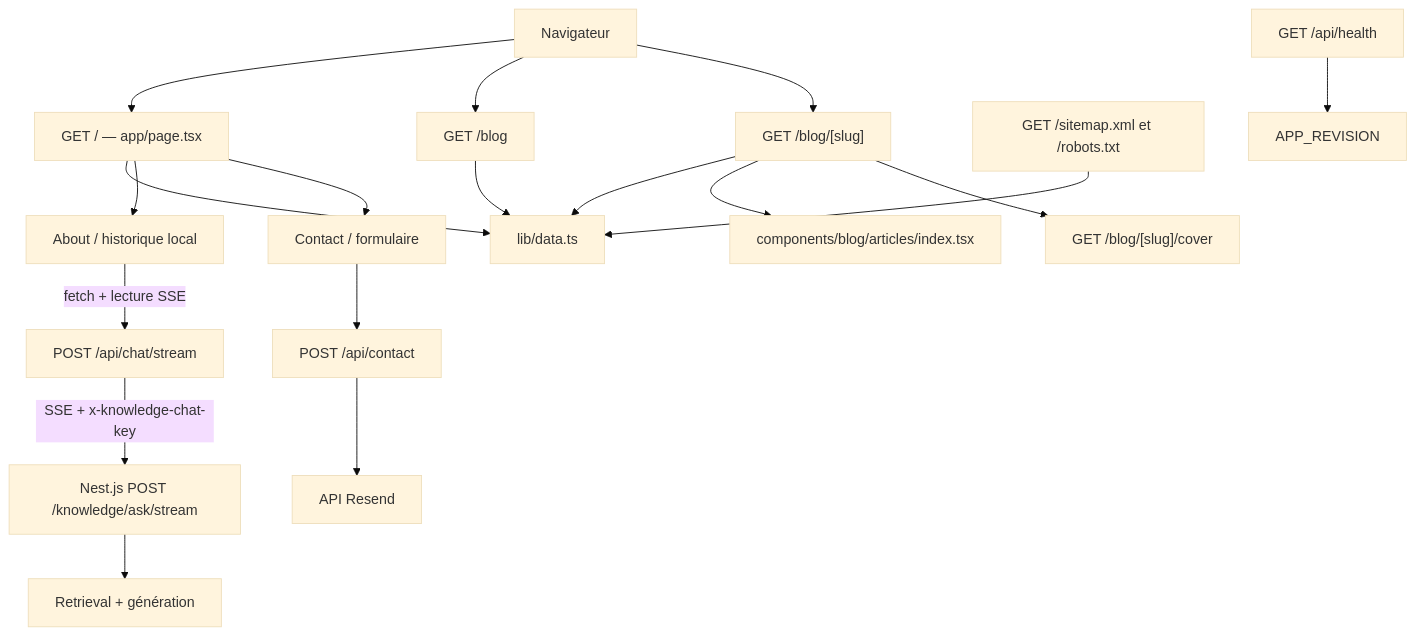
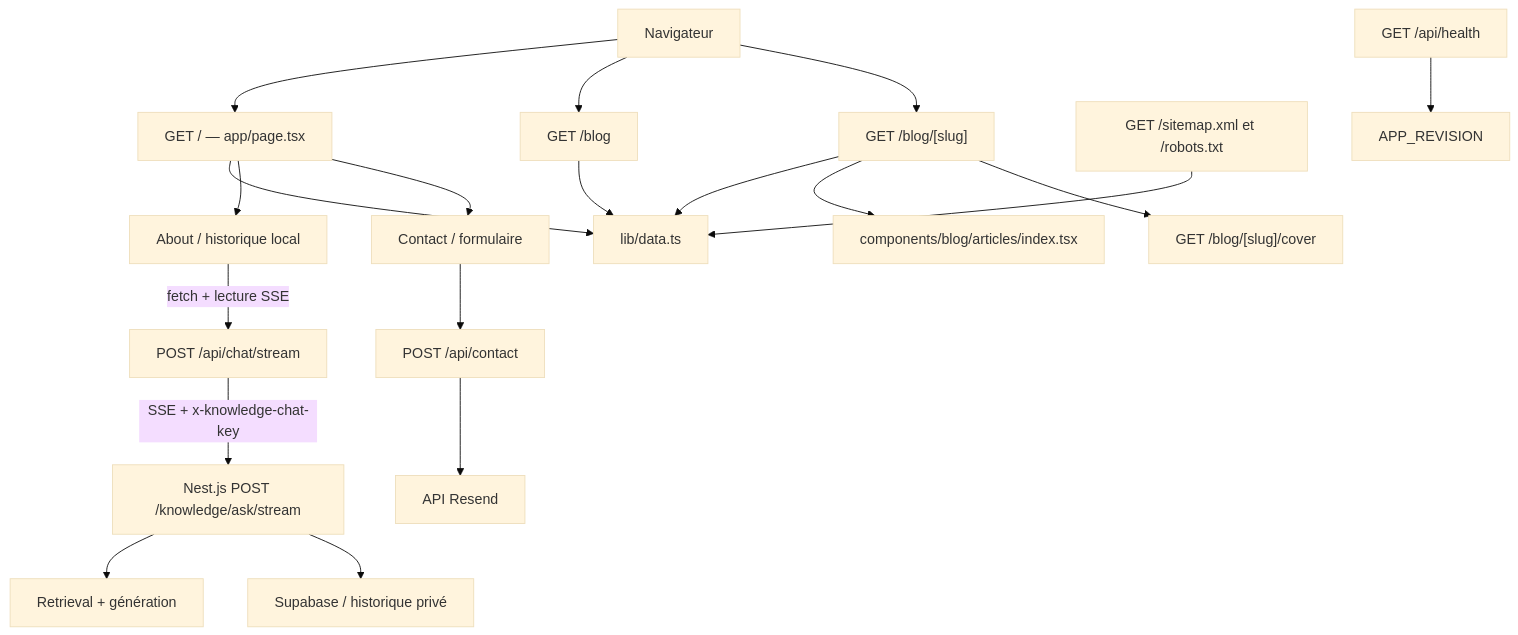
Before and after one commit to alexcommeau/my-portfolio: the diagram in CONTEXT.md, drawn with Mermaid (base theme). The commit also changed other lines of this file and 9 other files, not shown here.

````diff
--- a/CONTEXT.md
+++ b/CONTEXT.md
@@ -157,37 +159,39 @@
 ```mermaid
 flowchart TD
     Browser[Navigateur]
     Home["GET / — app/page.tsx"]
     BlogIndex["GET /blog"]
     Article["GET /blog/[slug]"]
     Cover["GET /blog/[slug]/cover"]
     Seo["GET /sitemap.xml et /robots.txt"]
     ChatUI["About / historique local"]
     ChatAPI["POST /api/chat/stream"]
     NestChat["Nest.js POST /knowledge/ask/stream"]
     Rag["Retrieval + génération"]
+    History["Supabase / historique privé"]
     ContactUI["Contact / formulaire"]
     ContactAPI["POST /api/contact"]
     Resend["API Resend"]
     Health["GET /api/health"]
     Data["lib/data.ts"]
     Registry["components/blog/articles/index.tsx"]
 
     Browser --> Home
     Browser --> BlogIndex
     Browser --> Article
     Home --> Data
     BlogIndex --> Data
     Article --> Data
     Article --> Registry
     Article --> Cover
     Seo --> Data
     Home --> ChatUI
     ChatUI -->|"fetch + lecture SSE"| ChatAPI
     ChatAPI -->|"SSE + x-knowledge-chat-key"| NestChat
     NestChat --> Rag
+    NestChat --> History
     Home --> ContactUI
     ContactUI --> ContactAPI
     ContactAPI --> Resend
     Health --> Revision["APP_REVISION"]
 ```
````
